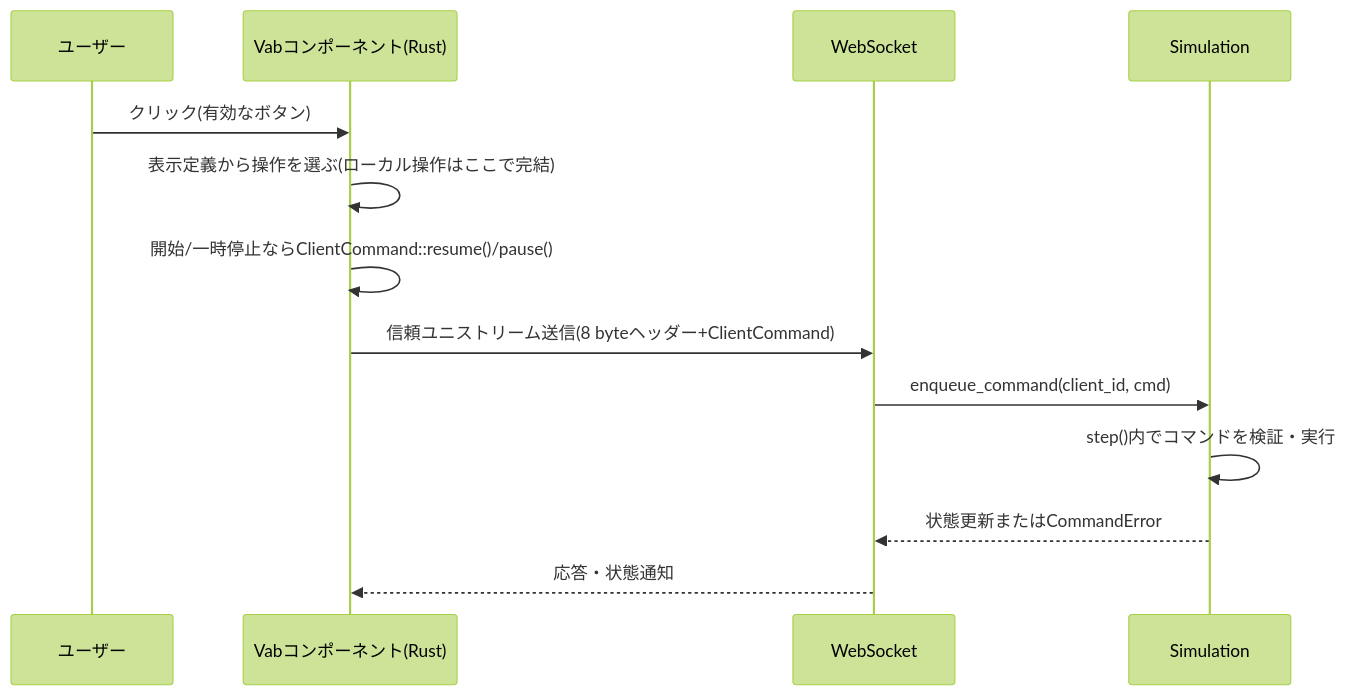
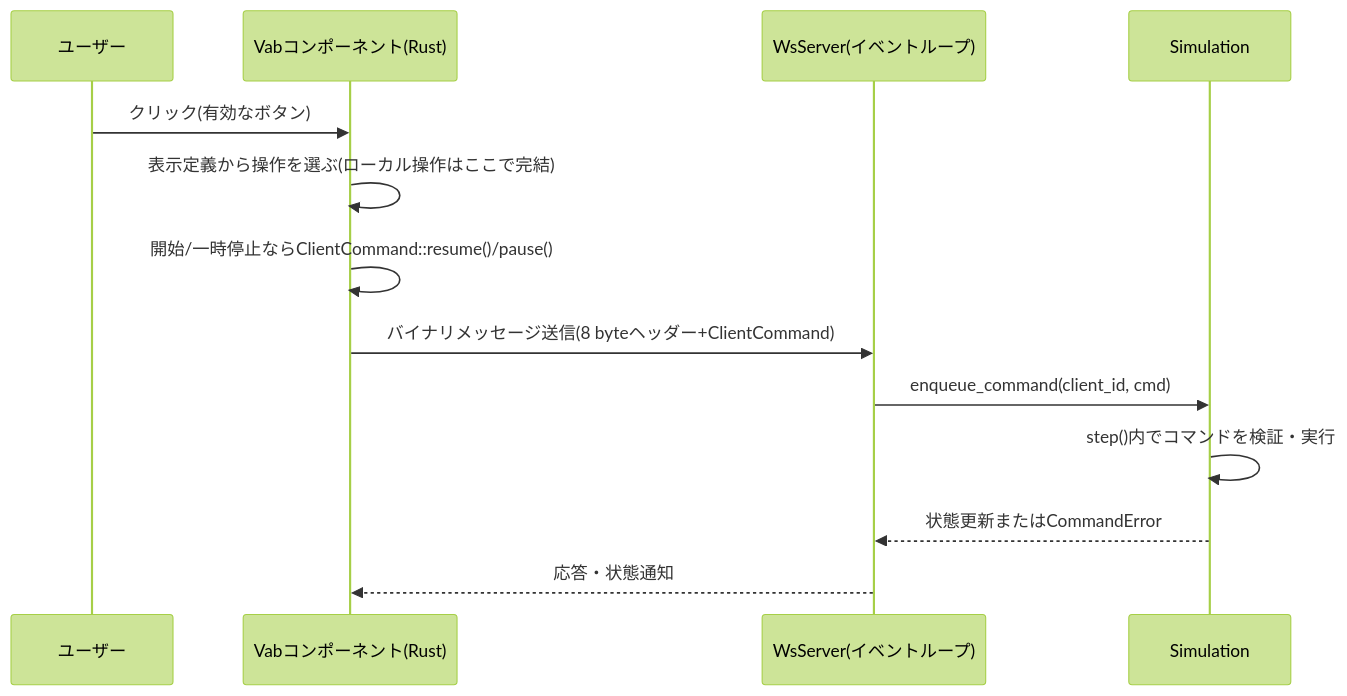
The fifth of 12 diagrams in sample/docs/DETAILED_DESIGN.md (ham1a6/SimulationView), drawn with Mermaid (forest theme) before and after one commit. The commit also changed other lines of this file and 11 other files, not shown here.

````diff
--- a/sample/docs/DETAILED_DESIGN.md
+++ b/sample/docs/DETAILED_DESIGN.md
@@ -310,16 +343,16 @@
 ```mermaid
 sequenceDiagram
     participant U as ユーザー
     participant V as Vabコンポーネント(Rust)
-    participant WT as WebSocket
+    participant WS as WsServer(イベントループ)
     participant Sim as Simulation
 
     U->>V: クリック(有効なボタン)
     V->>V: 表示定義から操作を選ぶ(ローカル操作はここで完結)
     V->>V: 開始/一時停止ならClientCommand::resume()/pause()
-    V->>WT: 信頼ユニストリーム送信(8 byteヘッダー+ClientCommand)
-    WT->>Sim: enqueue_command(client_id, cmd)
+    V->>WS: バイナリメッセージ送信(8 byteヘッダー+ClientCommand)
+    WS->>Sim: enqueue_command(client_id, cmd)
     Sim->>Sim: step()内でコマンドを検証・実行
-    Sim-->>WT: 状態更新またはCommandError
-    WT-->>V: 応答・状態通知
+    Sim-->>WS: 状態更新またはCommandError
+    WS-->>V: 応答・状態通知
 ```
````
